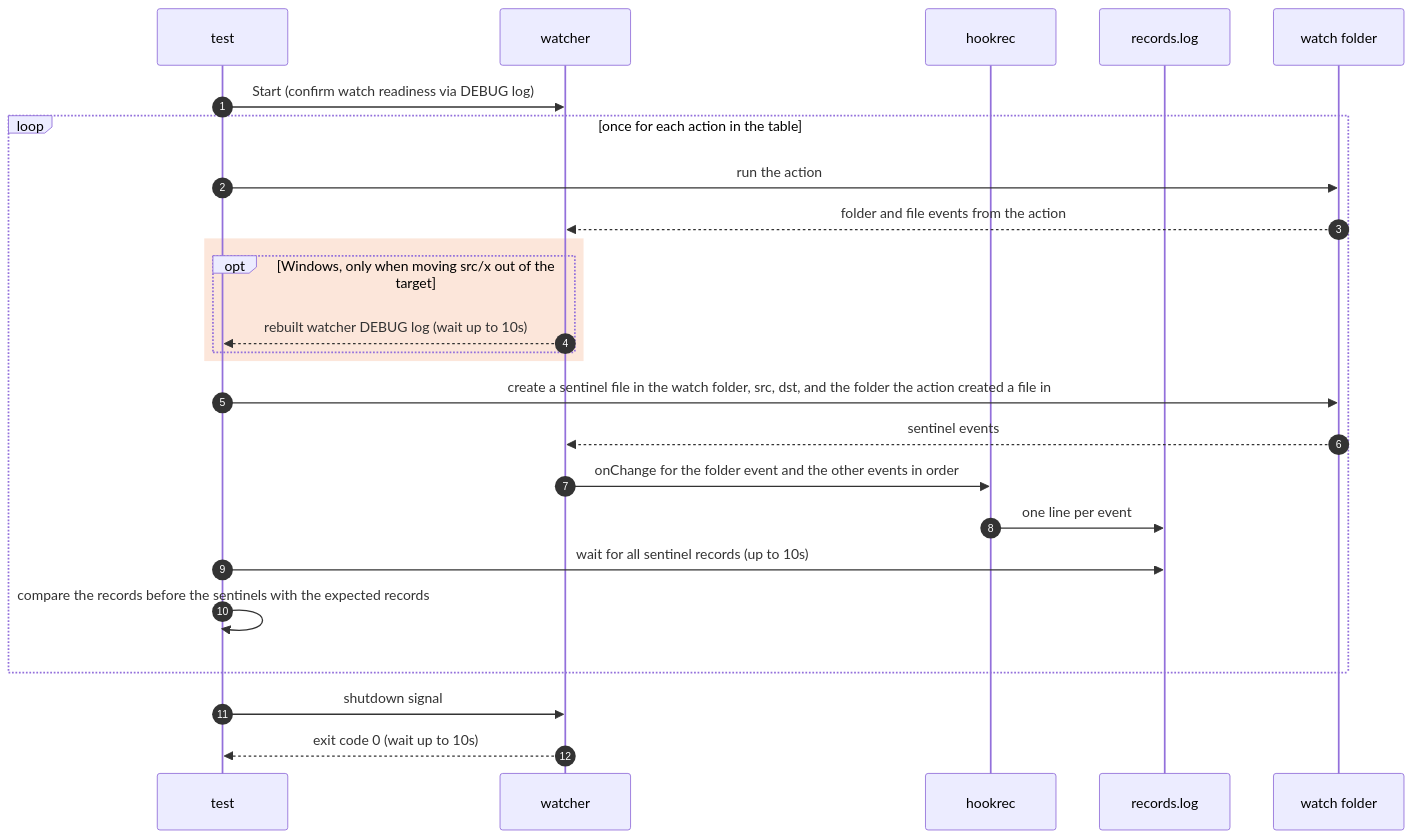
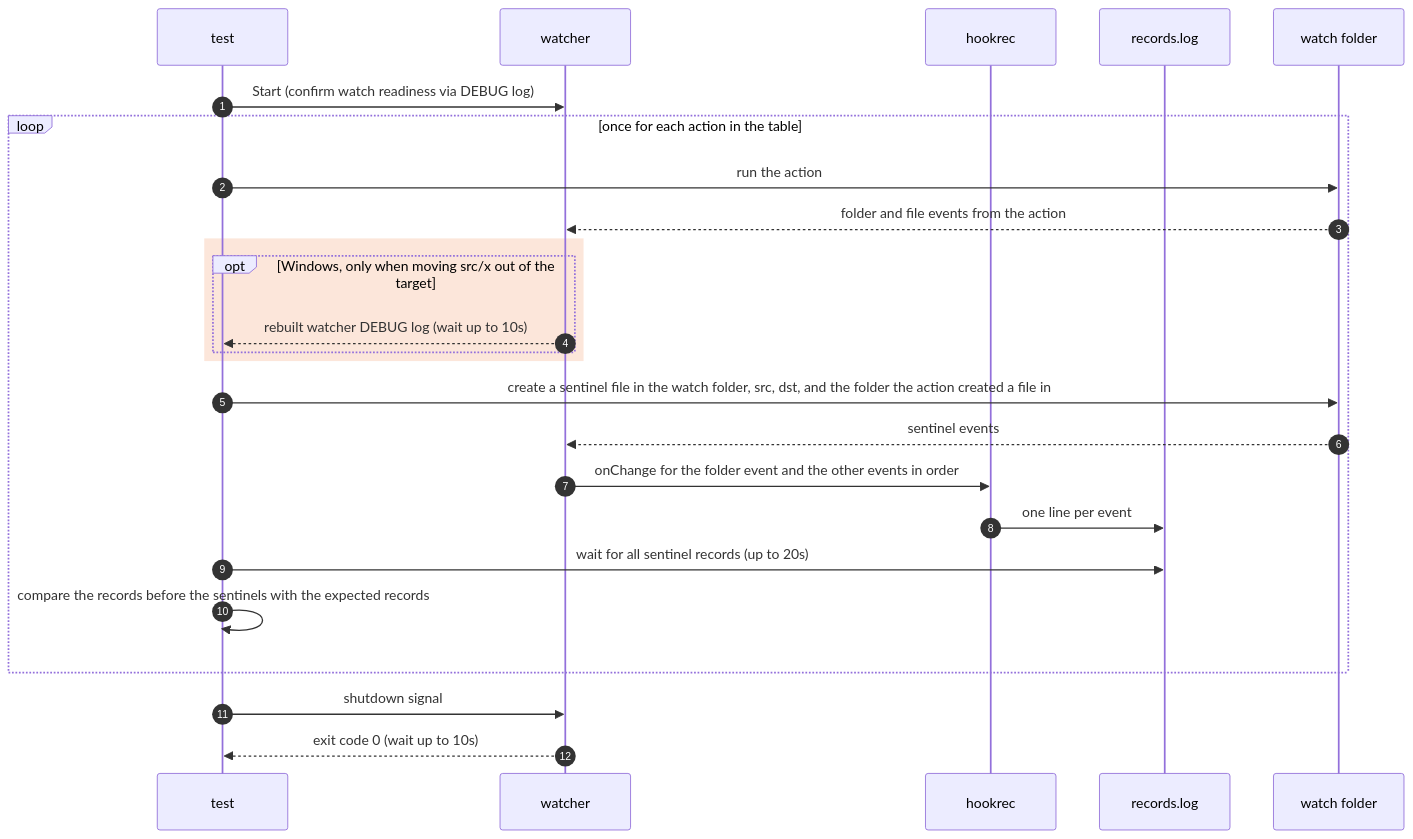
The diagram in e2e/docs/scenarios/folder-events.md (seungyeop-lee/directory-watcher), drawn with Mermaid before and after one commit. The commit also changed other lines of this file and 3 other files, not shown here.

````diff
--- a/e2e/docs/scenarios/folder-events.md
+++ b/e2e/docs/scenarios/folder-events.md
@@ -50,27 +52,27 @@
 ```mermaid
 sequenceDiagram
     autonumber
     participant testCode as test
     participant watcherProc as watcher
     participant hookRec as hookrec
     participant recordFile as records.log
     participant watchDir as watch folder
     testCode->>watcherProc: Start (confirm watch readiness via DEBUG log)
     loop once for each action in the table
         testCode->>watchDir: run the action
         watchDir-->>watcherProc: folder and file events from the action
         rect rgba(234, 88, 12, 0.15)
             opt Windows, only when moving src/x out of the target
                 watcherProc-->>testCode: rebuilt watcher DEBUG log (wait up to 10s)
             end
         end
         testCode->>watchDir: create a sentinel file in the watch folder, src, dst, and the folder the action created a file in
         watchDir-->>watcherProc: sentinel events
         watcherProc->>hookRec: onChange for the folder event and the other events in order
         hookRec->>recordFile: one line per event
-        testCode->>recordFile: wait for all sentinel records (up to 10s)
+        testCode->>recordFile: wait for all sentinel records (up to 20s)
         testCode->>testCode: compare the records before the sentinels with the expected records
     end
     testCode->>watcherProc: shutdown signal
     watcherProc-->>testCode: exit code 0 (wait up to 10s)
 ```
````
